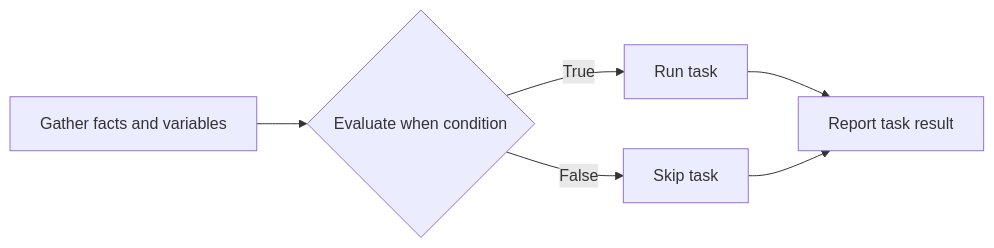
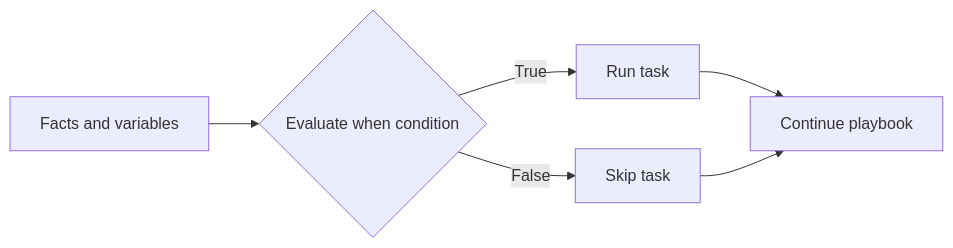
One commit to Ansible-workshop-ch/bootcamp changed the first of 4 diagrams in module05/conditions-loops-handlers-templates.md. Above: the diagram before and after it, drawn with Mermaid. The commit also changed other lines of this file, not shown here.

````diff
--- a/module05/conditions-loops-handlers-templates.md
+++ b/module05/conditions-loops-handlers-templates.md
@@ -104,10 +61,8 @@
 ```mermaid
 flowchart LR
-    A[Gather facts and variables] --> B{Evaluate when condition}
-
+    A[Facts and variables] --> B{Evaluate when condition}
     B -->|True| C[Run task]
     B -->|False| D[Skip task]
-
-    C --> E[Report task result]
+    C --> E[Continue playbook]
     D --> E
 ```
````
